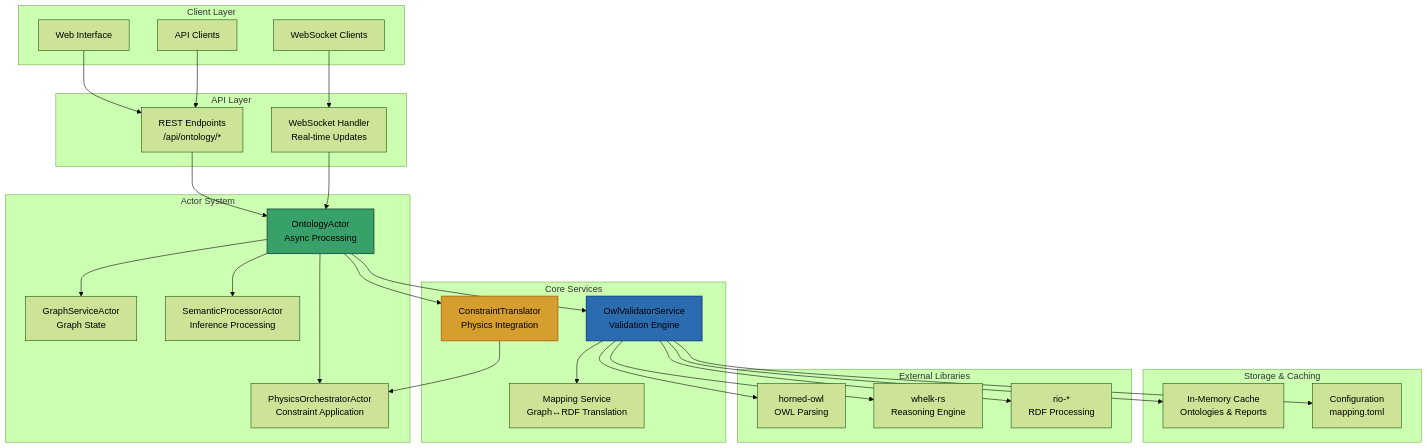
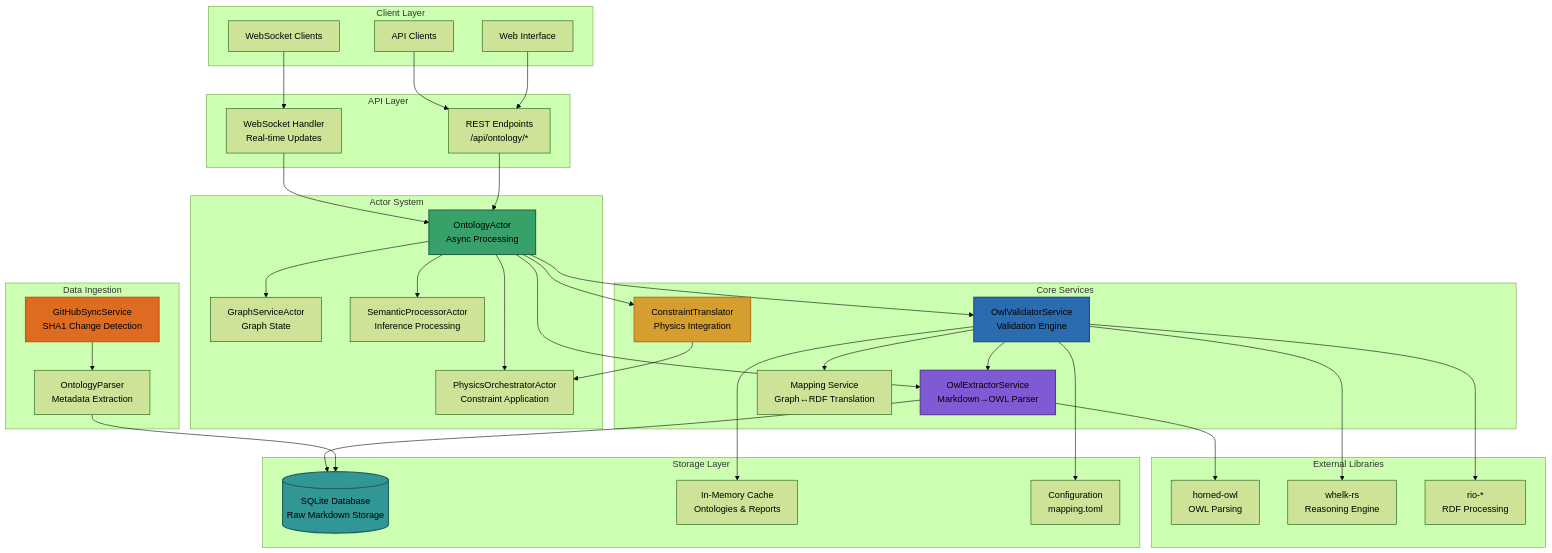
The first of 4 diagrams in docs/specialized/ontology/ontology-system-overview.md (DreamLab-AI/VisionFlow), drawn with Mermaid (forest theme) before and after one commit. The commit also changed other lines of this file and 24 other files, not shown here.

Commit message:
new ontology based graph loader

````diff
--- a/docs/specialized/ontology/ontology-system-overview.md
+++ b/docs/specialized/ontology/ontology-system-overview.md
@@ -27,64 +27,80 @@
 ```mermaid
 graph TB
     subgraph "Client Layer"
         UI[Web Interface]
         API_CLIENT[API Clients]
         WS_CLIENT[WebSocket Clients]
     end
 
     subgraph "API Layer"
         REST[REST Endpoints<br/>/api/ontology/*]
         WS[WebSocket Handler<br/>Real-time Updates]
     end
 
     subgraph "Actor System"
         OA[OntologyActor<br/>Async Processing]
         GA[GraphServiceActor<br/>Graph State]
         PA[PhysicsOrchestratorActor<br/>Constraint Application]
         SA[SemanticProcessorActor<br/>Inference Processing]
     end
 
     subgraph "Core Services"
         OVS[OwlValidatorService<br/>Validation Engine]
+        OES[OwlExtractorService<br/>Markdown→OWL Parser]
         CT[ConstraintTranslator<br/>Physics Integration]
         MS[Mapping Service<br/>Graph↔RDF Translation]
     end
 
-    subgraph "Storage & Caching"
+    subgraph "Data Ingestion"
+        GHS[GitHubSyncService<br/>SHA1 Change Detection]
+        OP[OntologyParser<br/>Metadata Extraction]
+    end
+
+    subgraph "Storage Layer"
+        DB[(SQLite Database<br/>Raw Markdown Storage)]
         CACHE[In-Memory Cache<br/>Ontologies & Reports]
         CONFIG[Configuration<br/>mapping.toml]
     end
 
     subgraph "External Libraries"
         HORNED[horned-owl<br/>OWL Parsing]
         WHELK[whelk-rs<br/>Reasoning Engine]
         RIO[rio-*<br/>RDF Processing]
     end
 
     UI --> REST
     API_CLIENT --> REST
     WS_CLIENT --> WS
 
     REST --> OA
     WS --> OA
 
     OA --> OVS
+    OA --> OES
     OA --> CT
     OA --> GA
     OA --> PA
     OA --> SA
 
+    GHS --> OP
+    OP --> DB
+    OES --> DB
+    OES --> HORNED
+
     OVS --> MS
     OVS --> CACHE
     OVS --> CONFIG
+    OVS --> OES
 
-    OVS --> HORNED
     OVS --> WHELK
     OVS --> RIO
 
     CT --> PA
 
     style OA fill:#38A169,stroke:#276749,stroke-width:2px,colour:#fff
     style OVS fill:#2B6CB0,stroke:#1A4E8D,stroke-width:2px,colour:#fff
+    style OES fill:#805AD5,stroke:#553C9A,stroke-width:2px,colour:#fff
     style CT fill:#D69E2E,stroke:#B7791F,stroke-width:2px,colour:#fff
+    style GHS fill:#DD6B20,stroke:#C05621,stroke-width:2px,colour:#fff
+    style DB fill:#319795,stroke:#285E61,stroke-width:2px,colour:#fff
 ```
````
